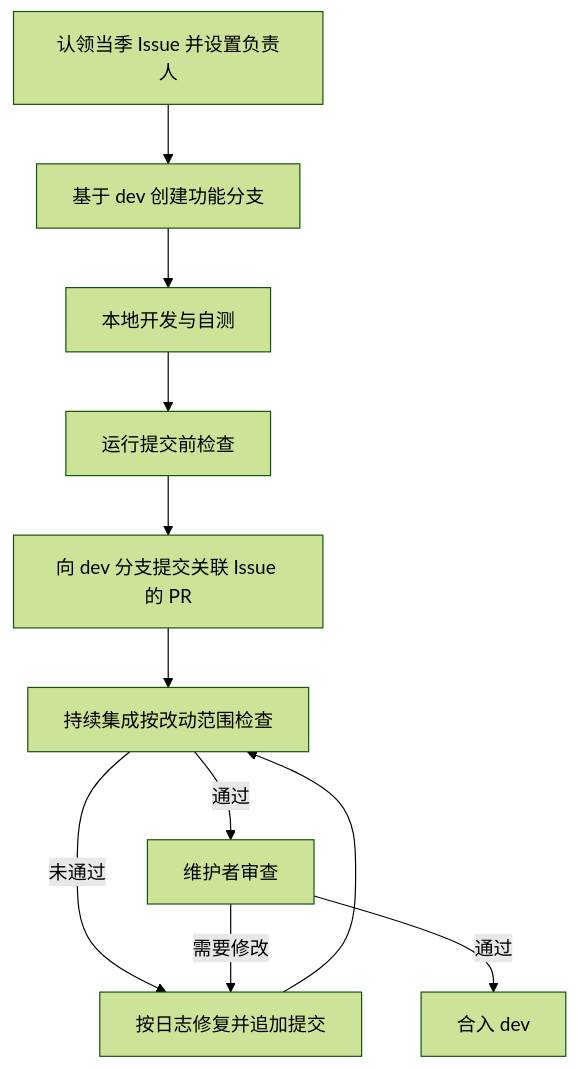
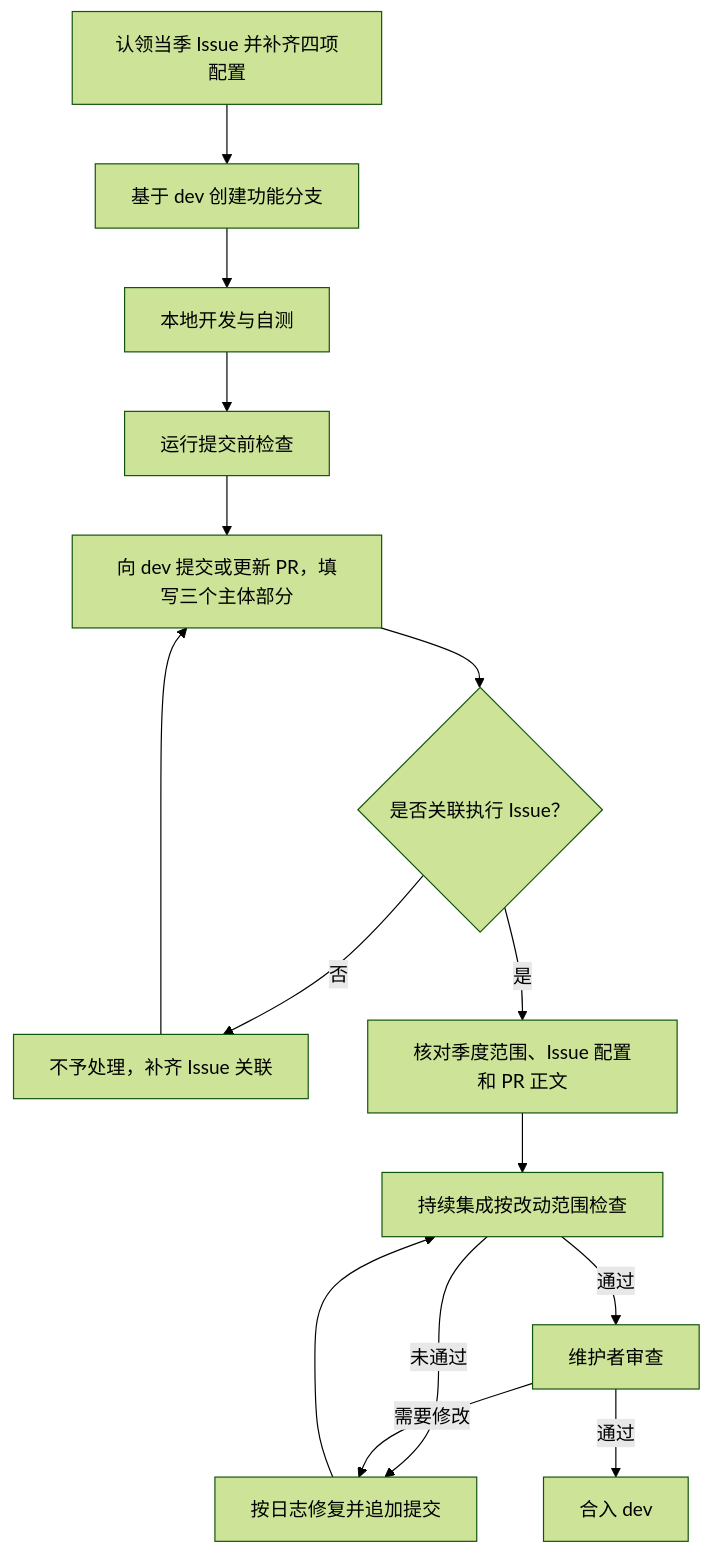
Before and after one commit to rcore-os/tgoskits: the third of 3 diagrams in docs/community/contributing.md, drawn with Mermaid (forest theme). The commit also changed other lines of this file and 2 other files, not shown here.

````diff
--- a/docs/community/contributing.md
+++ b/docs/community/contributing.md
@@ -228,13 +249,17 @@
 ```mermaid
 flowchart TD
-    I["认领当季 Issue 并设置负责人"] --> A
+    I["认领当季 Issue 并补齐四项配置"] --> A
     A["基于 dev 创建功能分支"] --> B["本地开发与自测"]
     B --> C["运行提交前检查"]
-    C --> D["向 dev 分支提交关联 Issue 的 PR"]
-    D --> E["持续集成按改动范围检查"]
+    C --> D["向 dev 提交或更新 PR，填写三个主体部分"]
+    D --> J{"是否关联执行 Issue？"}
+    J -->|"否"| K["不予处理，补齐 Issue 关联"]
+    K --> D
+    J -->|"是"| L["核对季度范围、Issue 配置和 PR 正文"]
+    L --> E["持续集成按改动范围检查"]
     E -->|"未通过"| F["按日志修复并追加提交"]
     F --> E
     E -->|"通过"| G["维护者审查"]
     G -->|"需要修改"| F
     G -->|"通过"| H["合入 dev"]
 ```
````
